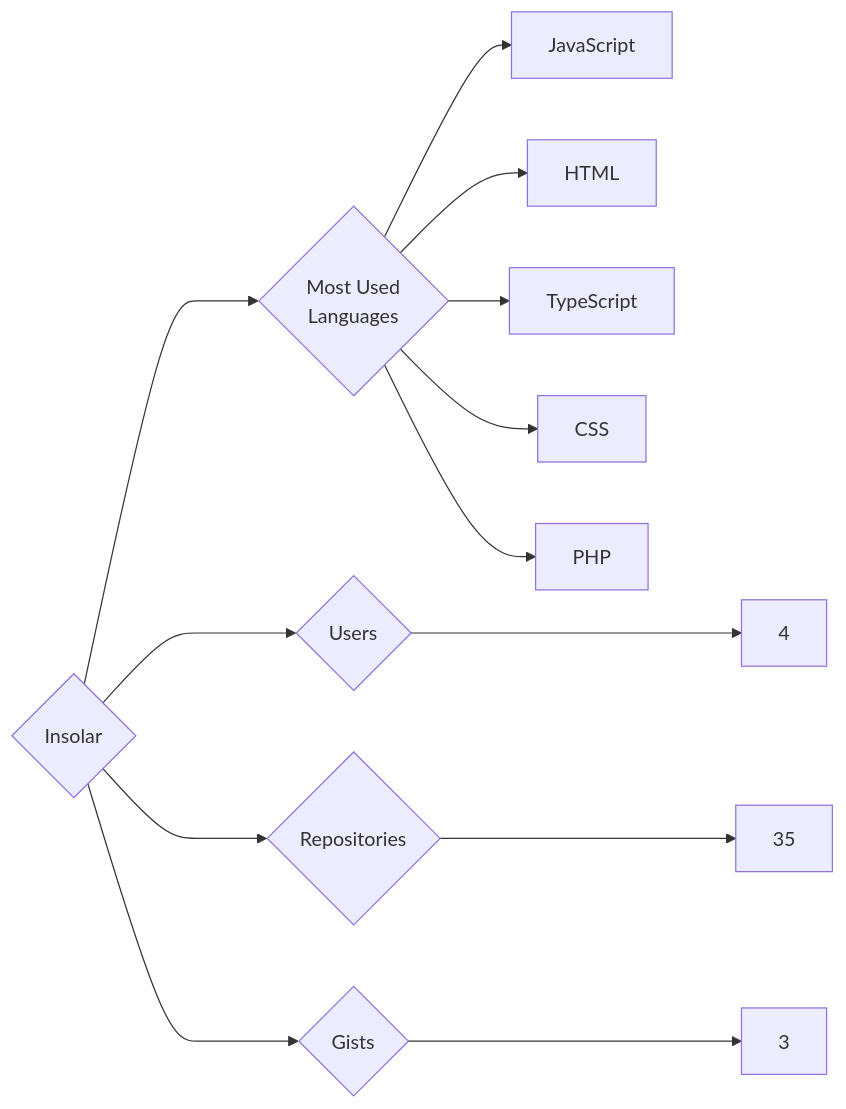
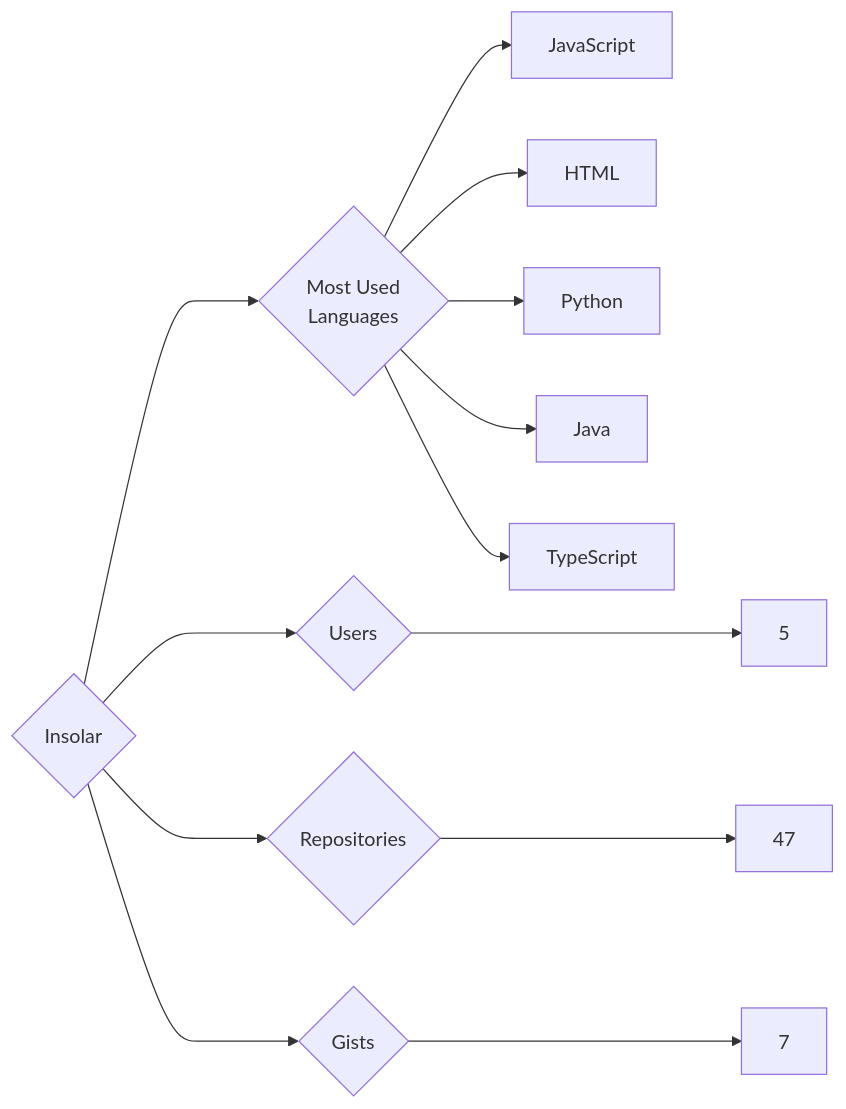
Before and after one commit to trickest/insiders: the diagram in targets/Insolar/README.md, drawn with Mermaid. The commit also changed 914 other files, not shown here.

````diff
--- a/targets/Insolar/README.md
+++ b/targets/Insolar/README.md
@@ -3,13 +3,13 @@
 ```mermaid
 graph LR
 COMPANY_NAME{Insolar}
-COMPANY_NAME ---> U{Users} ---> UN[4]
-COMPANY_NAME ---> R{Repositories} ---> RN[35]
-COMPANY_NAME ---> G{Gists} ---> GN[3]
+COMPANY_NAME ---> U{Users} ---> UN[5]
+COMPANY_NAME ---> R{Repositories} ---> RN[47]
+COMPANY_NAME ---> G{Gists} ---> GN[7]
 COMPANY_NAME ---> ML{Most Used<br>Languages}
 ML --> JavaScript[JavaScript]
 ML --> HTML[HTML]
+ML --> Python[Python]
+ML --> Java[Java]
 ML --> TypeScript[TypeScript]
-ML --> CSS[CSS]
-ML --> PHP[PHP]
 ```
````
